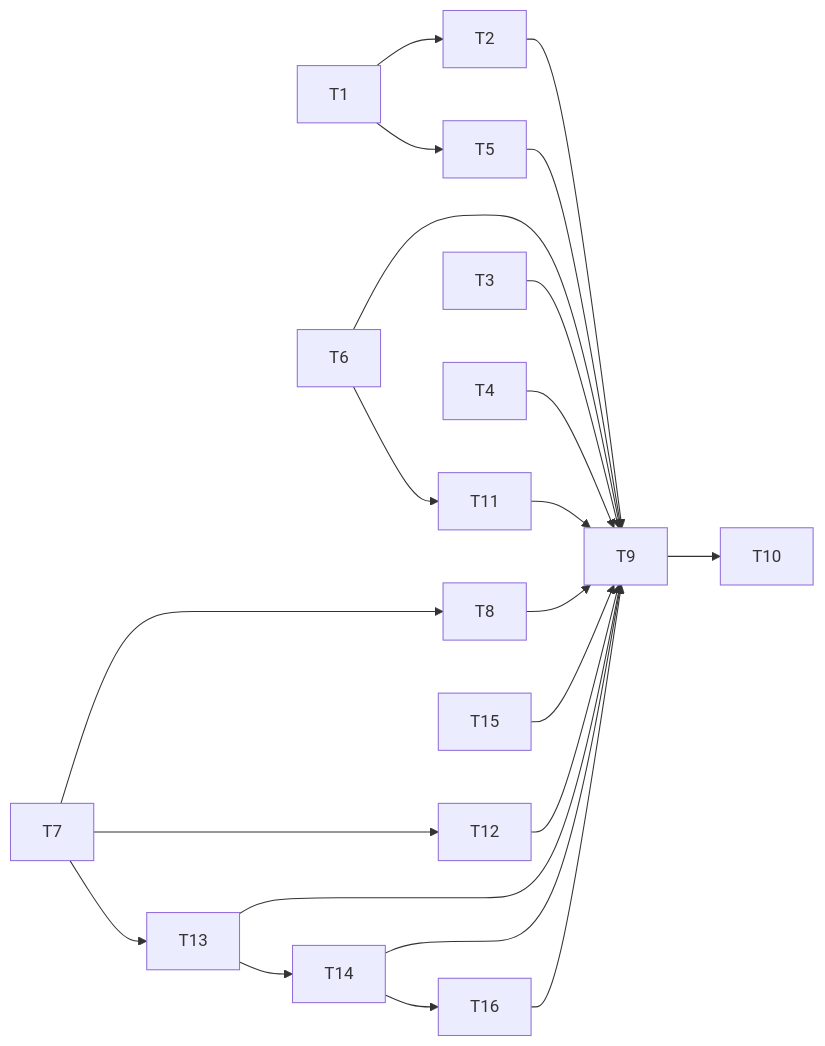
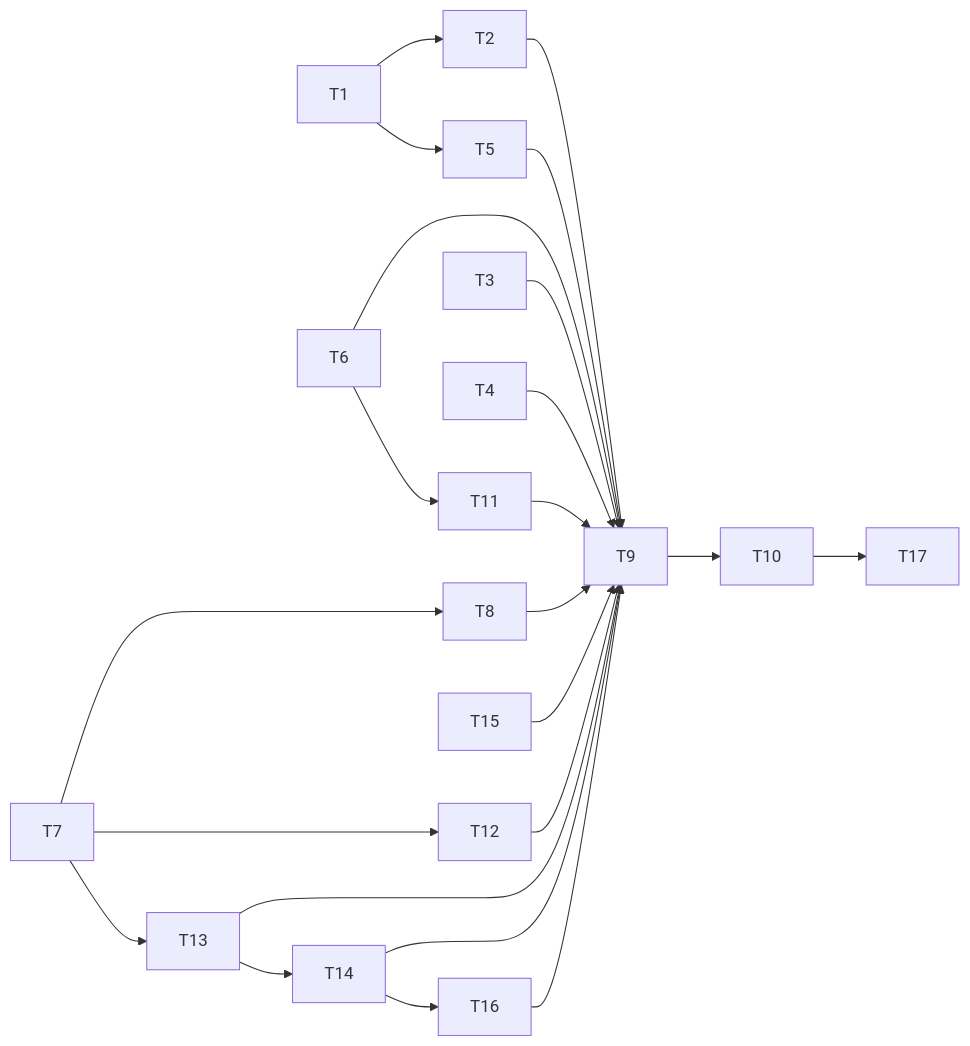
The diagram in planning/specs/rust-hot-paths.md (liaden/lain), drawn with Mermaid before and after one commit. The commit also changed other lines of this file, not shown here.

````diff
--- a/planning/specs/rust-hot-paths.md
+++ b/planning/specs/rust-hot-paths.md
@@ -161,16 +161,17 @@
 ```mermaid
 flowchart LR
   T1 --> T2
   T1 --> T5
   T7 --> T8
   T2 & T3 & T4 & T5 & T6 & T8 --> T9
   T9 --> T10
   T6 --> T11
   T7 --> T12
   T7 --> T13
   T11 & T12 & T13 --> T9
   T13 --> T14
   T14 & T15 --> T9
   T14 --> T16
   T16 --> T9
+  T10 --> T17
 ```
````
